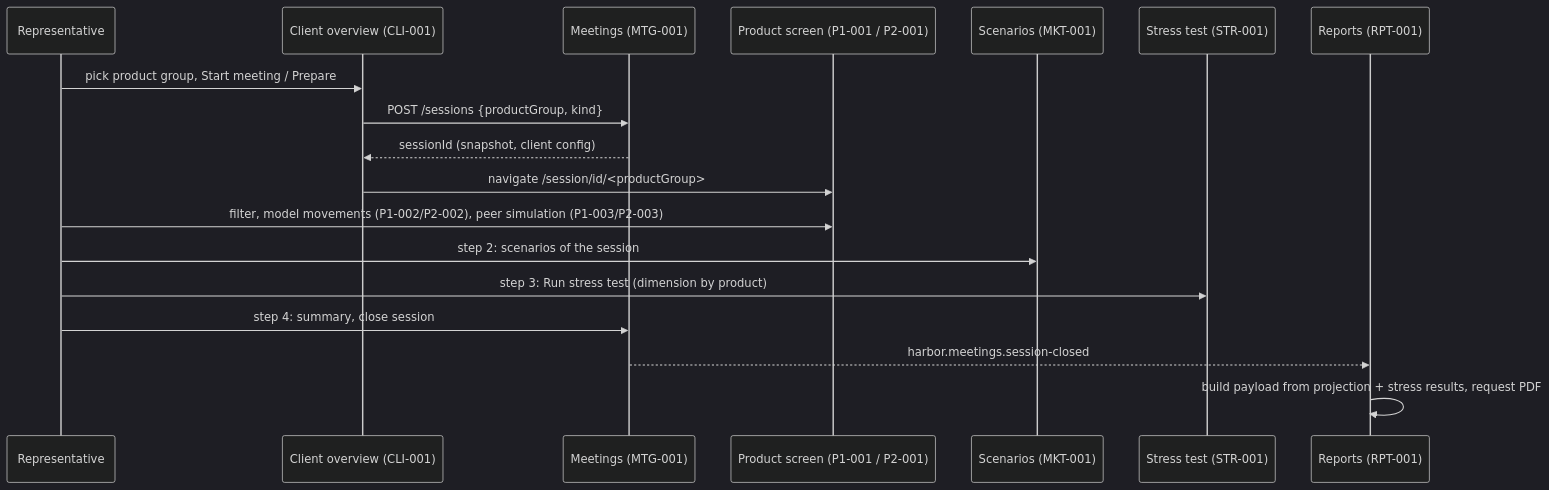
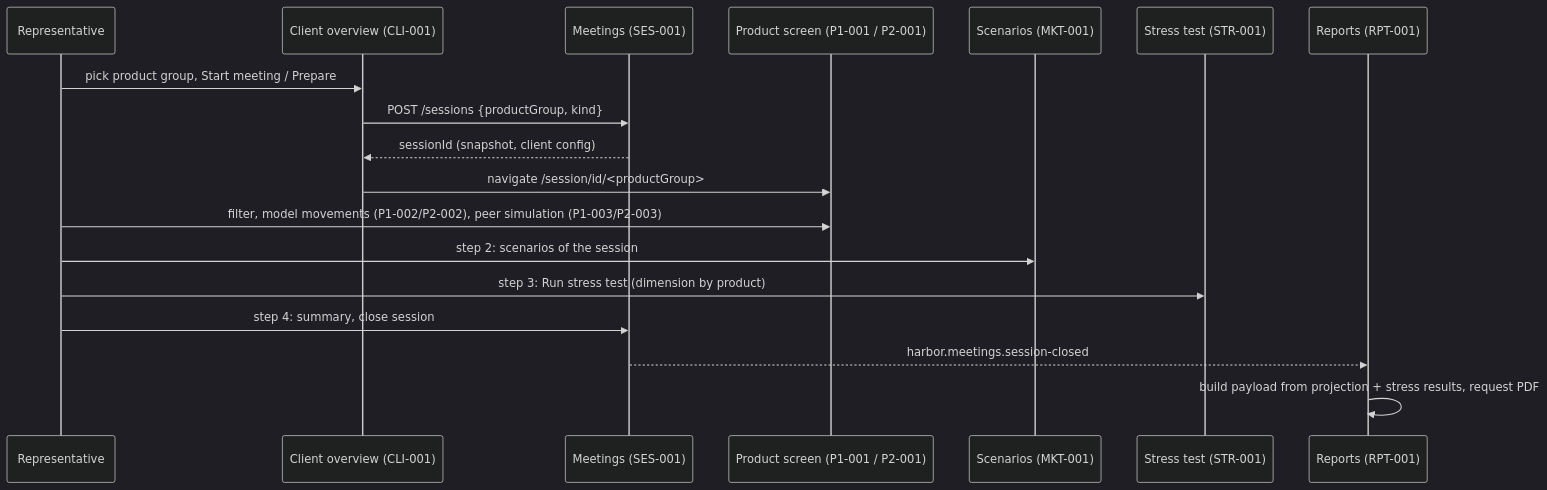
Before and after one commit to NatSjm/investigation: the diagram in docs-repo/flows/meeting-journey.md, drawn with Mermaid (dark theme). The commit also changed other lines of this file and 56 other files, not shown here.

First line of the commit message:
Meetings spec prefix renamed MTG -> SES

````diff
--- a/docs-repo/flows/meeting-journey.md
+++ b/docs-repo/flows/meeting-journey.md
@@ -63,20 +63,20 @@
 ```mermaid
 sequenceDiagram
   participant R as Representative
   participant C as Client overview (CLI-001)
-  participant M as Meetings (MTG-001)
+  participant M as Meetings (SES-001)
   participant P as Product screen (P1-001 / P2-001)
   participant S as Scenarios (MKT-001)
   participant T as Stress test (STR-001)
   participant X as Reports (RPT-001)
   R->>C: pick product group, Start meeting / Prepare
   C->>M: POST /sessions {productGroup, kind}
   M-->>C: sessionId (snapshot, client config)
   C->>P: navigate /session/id/<productGroup>
   R->>P: filter, model movements (P1-002/P2-002), peer simulation (P1-003/P2-003)
   R->>S: step 2: scenarios of the session
   R->>T: step 3: Run stress test (dimension by product)
   R->>M: step 4: summary, close session
   M-->>X: harbor.meetings.session-closed
   X->>X: build payload from projection + stress results, request PDF
 ```
````
